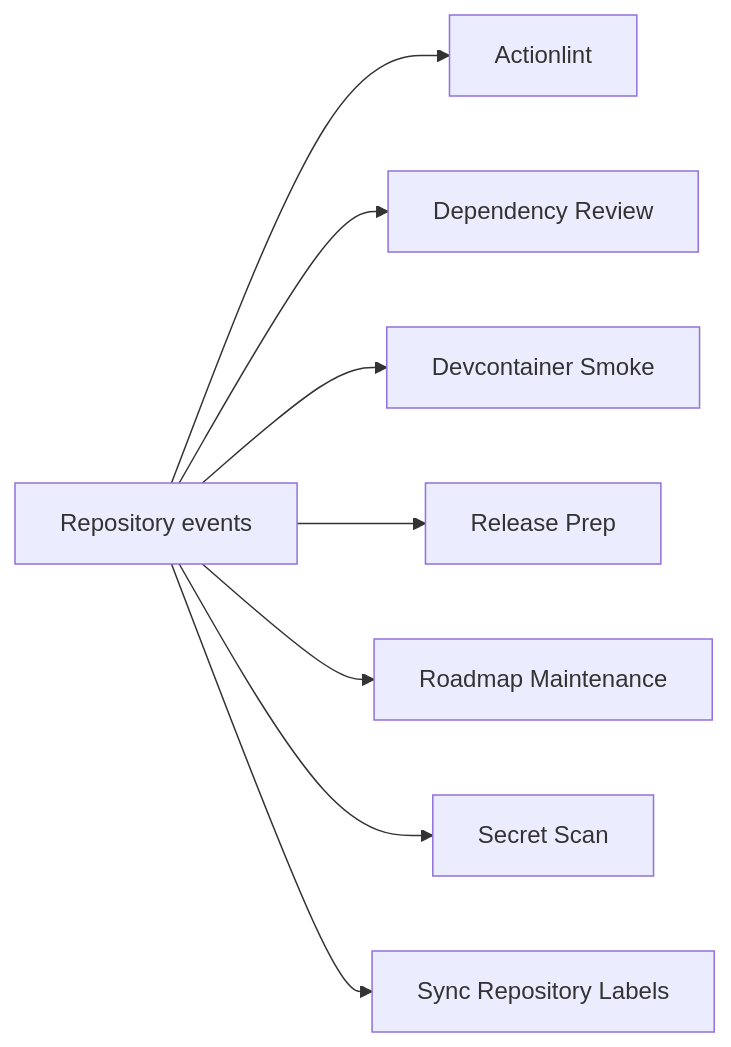
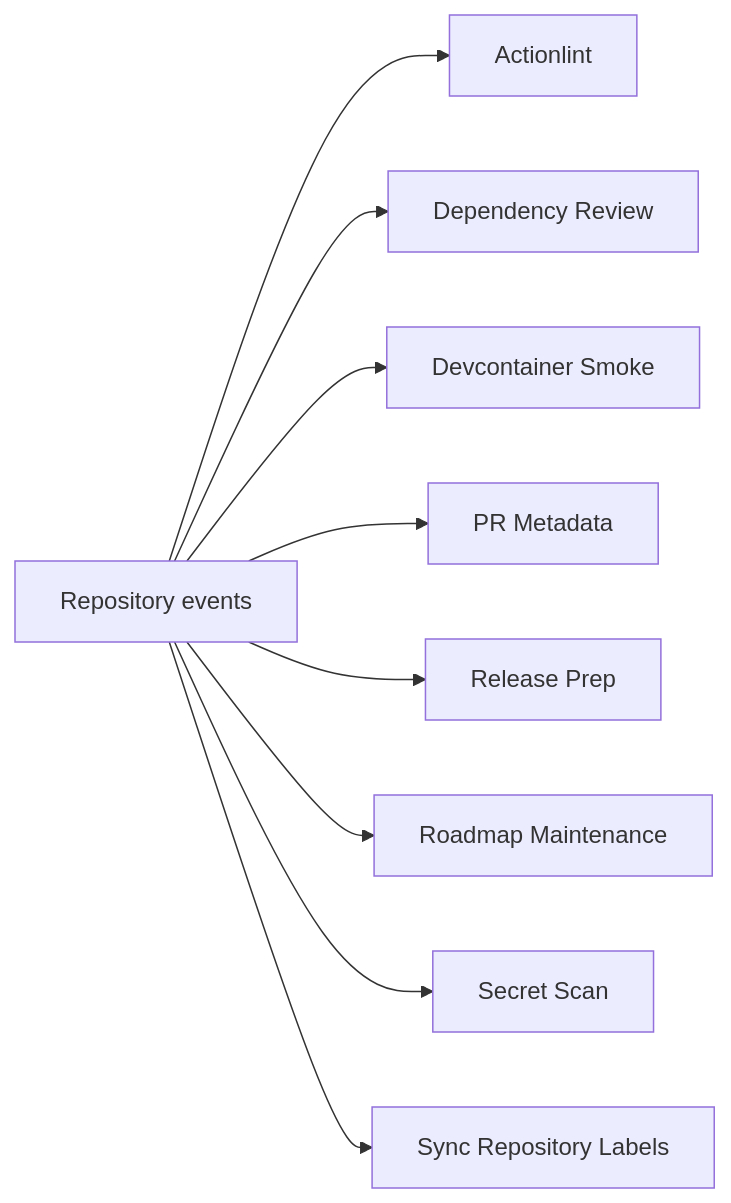
Before and after one commit to danigutsch/ViajantesTurismo: the second of 3 diagrams in docs/architecture/ci-validation-flows.md, drawn with Mermaid. The commit also changed other lines of this file and 10 other files, not shown here.

````diff
--- a/docs/architecture/ci-validation-flows.md
+++ b/docs/architecture/ci-validation-flows.md
@@ -67,18 +70,20 @@
 ```mermaid
 flowchart LR
     repo[Repository events]
     actionlint[Actionlint]
     repo --> actionlint
     dependency_review[Dependency Review]
     repo --> dependency_review
     devcontainer_smoke[Devcontainer Smoke]
     repo --> devcontainer_smoke
+    pr_metadata[PR Metadata]
+    repo --> pr_metadata
     release_prep[Release Prep]
     repo --> release_prep
     roadmap_maintenance[Roadmap Maintenance]
     repo --> roadmap_maintenance
     secret_scan[Secret Scan]
     repo --> secret_scan
     sync_labels[Sync Repository Labels]
     repo --> sync_labels
 ```
````
